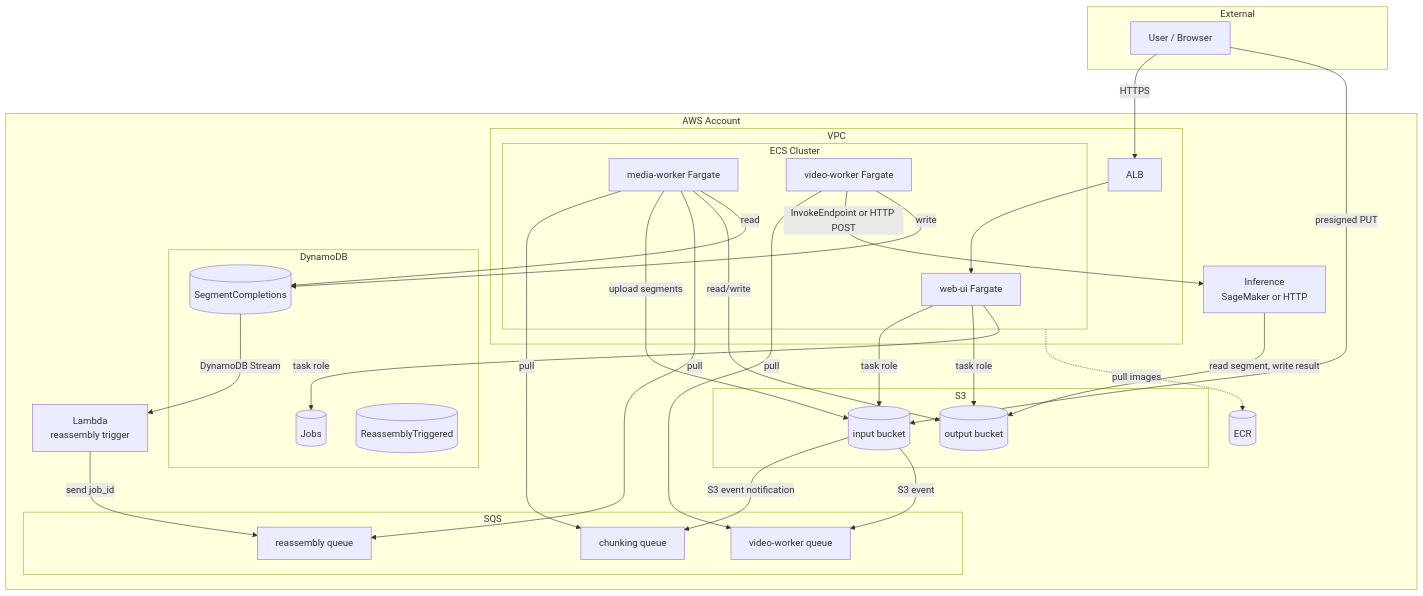
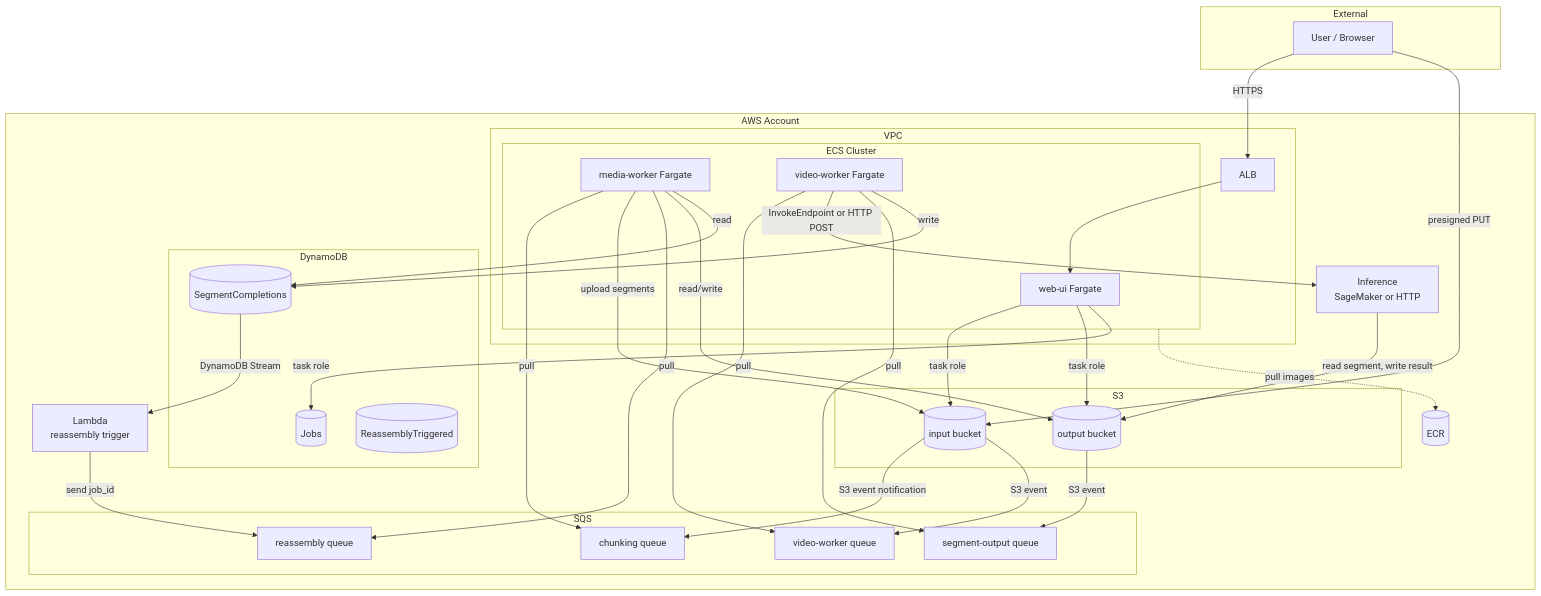
Before and after one commit to alexpialetski/stereo-spot: the second of 7 diagrams in ARCHITECTURE.md, drawn with Mermaid. The commit also changed other lines of this file and 25 other files, not shown here.

First line of the commit message:
feat(video-worker): segment completion via output-bucket S3 to SQS

````diff
--- a/ARCHITECTURE.md
+++ b/ARCHITECTURE.md
@@ -89,60 +89,63 @@
 ```mermaid
 flowchart TB
     subgraph External
         User[User / Browser]
     end
 
     subgraph AWS["AWS Account"]
         subgraph VPC["VPC"]
             ALB[ALB]
             subgraph ECS["ECS Cluster"]
                 WebUI[web-ui Fargate]
                 MediaW[media-worker Fargate]
                 VideoW[video-worker Fargate]
             end
         end
 
         SageMaker[Inference\nSageMaker or HTTP]
         ECR[(ECR)]
 
         subgraph Storage["S3"]
             InputBucket[(input bucket)]
             OutputBucket[(output bucket)]
         end
 
         subgraph Queues["SQS"]
             ChunkQ[chunking queue]
             VideoQ[video-worker queue]
+            SegOutQ[segment-output queue]
             ReassQ[reassembly queue]
         end
 
         subgraph DB["DynamoDB"]
             Jobs[(Jobs)]
             SegCompl[(SegmentCompletions)]
             ReassTrig[(ReassemblyTriggered)]
         end
 
         Lambda[Lambda\nreassembly trigger]
     end
 
     User -->|HTTPS| ALB
     ALB --> WebUI
     User -->|presigned PUT| InputBucket
     WebUI -->|task role| InputBucket
     WebUI -->|task role| OutputBucket
     WebUI -->|task role| Jobs
     InputBucket -->|S3 event notification| ChunkQ
     MediaW -->|pull| ChunkQ
     MediaW -->|upload segments| InputBucket
     InputBucket -->|S3 event| VideoQ
     VideoW -->|pull| VideoQ
     VideoW -->|InvokeEndpoint or HTTP POST| SageMaker
     SageMaker -->|read segment, write result| OutputBucket
+    OutputBucket -->|S3 event| SegOutQ
+    VideoW -->|pull| SegOutQ
     VideoW -->|write| SegCompl
     SegCompl -->|DynamoDB Stream| Lambda
     Lambda -->|send job_id| ReassQ
     MediaW -->|pull| ReassQ
     MediaW -->|read/write| OutputBucket
     MediaW -->|read| SegCompl
     ECS -.->|pull images| ECR
 ```
````
